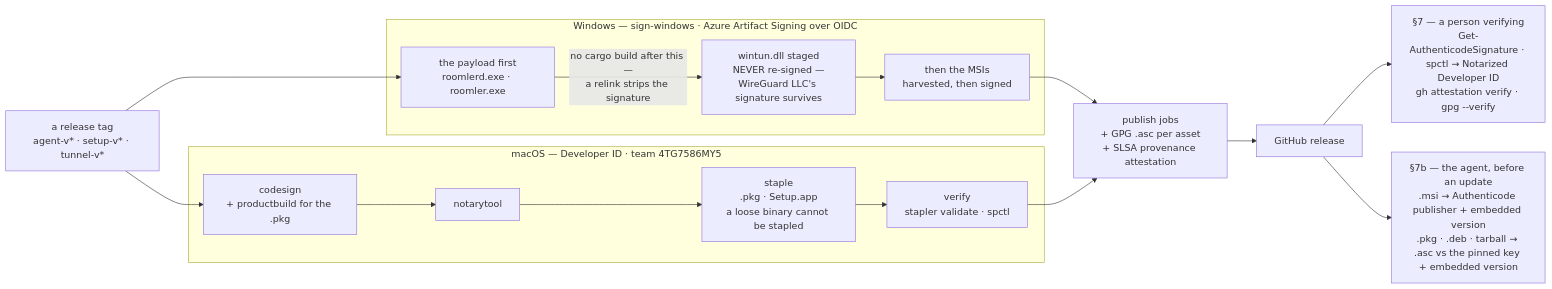
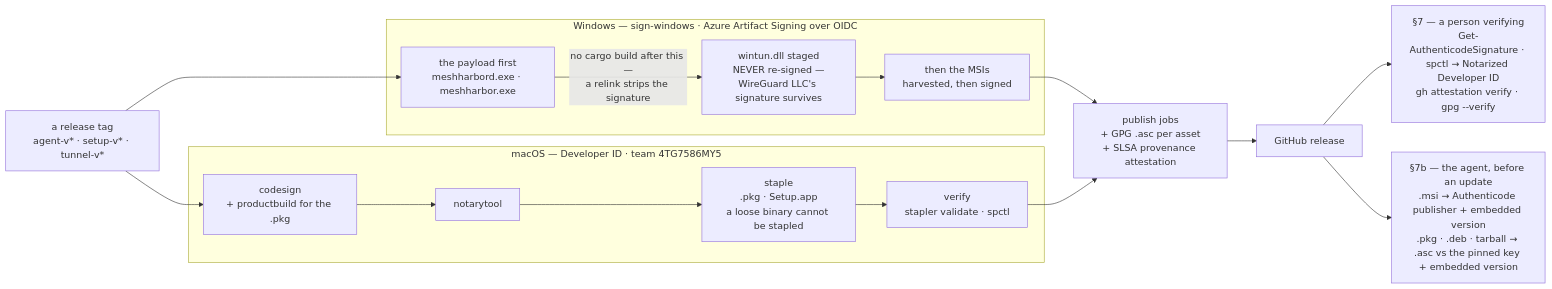
One commit to jk-zhang-meta/MeshHarbor changed the first of 2 diagrams in docs/code-signing.md. Above: the diagram before and after it, drawn with Mermaid. The commit also changed other lines of this file and 160 other files, not shown here.

````diff
--- a/docs/code-signing.md
+++ b/docs/code-signing.md
@@ -158,26 +158,26 @@
 ```mermaid
 graph LR
     TAG["a release tag<br/>agent-v* · setup-v* · tunnel-v*"]
 
     subgraph WIN["Windows — sign-windows · Azure Artifact Signing over OIDC"]
-        W1["the payload first<br/>roomlerd.exe · roomler.exe"]
+        W1["the payload first<br/>meshharbord.exe · meshharbor.exe"]
         W2["wintun.dll staged<br/>NEVER re-signed —<br/>WireGuard LLC's signature survives"]
         W3["then the MSIs<br/>harvested, then signed"]
         W1 -->|"no cargo build after this —<br/>a relink strips the signature"| W2 --> W3
     end
 
     subgraph MAC["macOS — Developer ID · team 4TG7586MY5"]
         M1["codesign<br/>+ productbuild for the .pkg"] --> M2["notarytool"]
         M2 --> M3["staple<br/>.pkg · Setup.app<br/>a loose binary cannot be stapled"]
         M3 --> M4["verify<br/>stapler validate · spctl"]
     end
 
     TAG --> W1
     TAG --> M1
     W3 --> PUB
     M4 --> PUB
     PUB["publish jobs<br/>+ GPG .asc per asset<br/>+ SLSA provenance attestation"] --> REL["GitHub release"]
 
     REL --> HUMAN["§7 — a person verifying<br/>Get-AuthenticodeSignature · spctl → Notarized Developer ID<br/>gh attestation verify · gpg --verify"]
     REL --> AGENT["§7b — the agent, before an update<br/>.msi → Authenticode publisher + embedded version<br/>.pkg · .deb · tarball → .asc vs the pinned key + embedded version"]
 ```
````
